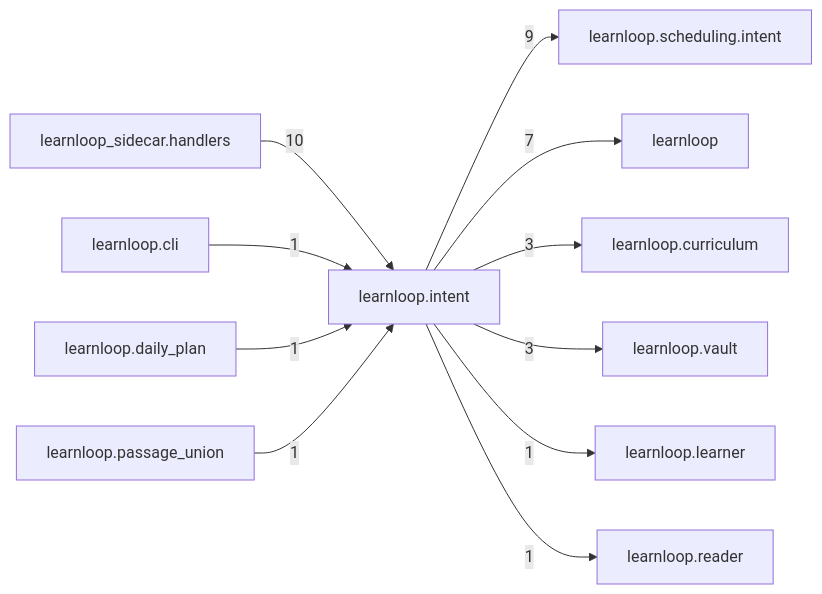
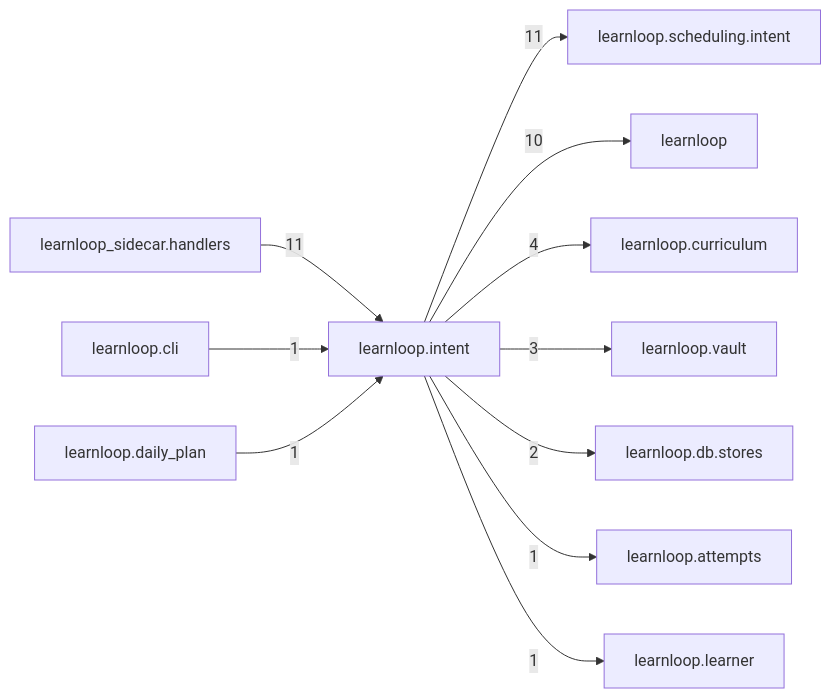
One commit to 6up-b/learnanything changed the diagram in docs/learnloop-architecture-vault/Reference/Modules/learnloop/intent/_package.md. Above: the diagram before and after it, drawn with Mermaid. The commit also changed other lines of this file and 62 other files, not shown here.

````diff
--- a/docs/learnloop-architecture-vault/Reference/Modules/learnloop/intent/_package.md
+++ b/docs/learnloop-architecture-vault/Reference/Modules/learnloop/intent/_package.md
@@ -81,24 +86,24 @@
 ```mermaid
 flowchart LR
     center["learnloop.intent"]
+    n_learnloop_scheduling_intent["learnloop.scheduling.intent"]
     n_learnloop_sidecar_handlers["learnloop_sidecar.handlers"]
-    n_learnloop_scheduling_intent["learnloop.scheduling.intent"]
     n_learnloop["learnloop"]
     n_learnloop_curriculum["learnloop.curriculum"]
     n_learnloop_vault["learnloop.vault"]
+    n_learnloop_db_stores["learnloop.db.stores"]
+    n_learnloop_attempts["learnloop.attempts"]
     n_learnloop_cli["learnloop.cli"]
     n_learnloop_daily_plan["learnloop.daily_plan"]
     n_learnloop_learner["learnloop.learner"]
-    n_learnloop_passage_union["learnloop.passage_union"]
-    n_learnloop_reader["learnloop.reader"]
-    n_learnloop_sidecar_handlers -->|10| center
-    center -->|9| n_learnloop_scheduling_intent
-    center -->|7| n_learnloop
-    center -->|3| n_learnloop_curriculum
+    center -->|11| n_learnloop_scheduling_intent
+    n_learnloop_sidecar_handlers -->|11| center
+    center -->|10| n_learnloop
+    center -->|4| n_learnloop_curriculum
     center -->|3| n_learnloop_vault
+    center -->|2| n_learnloop_db_stores
+    center -->|1| n_learnloop_attempts
     n_learnloop_cli -->|1| center
     n_learnloop_daily_plan -->|1| center
     center -->|1| n_learnloop_learner
-    n_learnloop_passage_union -->|1| center
-    center -->|1| n_learnloop_reader
 ```
````
